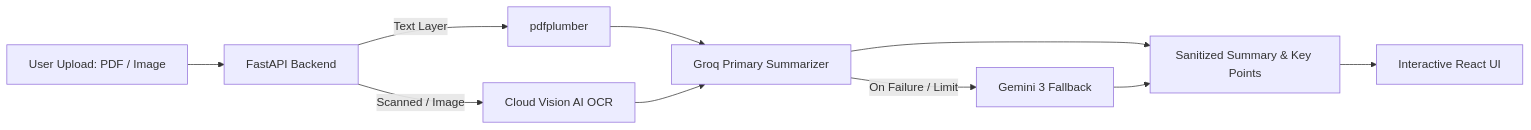
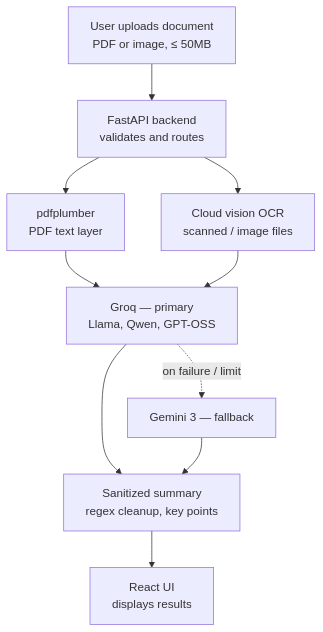
One commit to varungoud18/doc-summary-assistant changed the diagram in README.md. Above: the diagram before and after it, drawn with Mermaid. The commit also changed other lines of this file, not shown here.

Commit message:
docs: update README with badges, structured features table, and architecture flowchart

````diff
--- a/README.md
+++ b/README.md
@@ -87,12 +54,12 @@
 ```mermaid
-graph LR
-    A[User Upload: PDF / Image] --> B[FastAPI Backend]
-    B -->|Text Layer| C[pdfplumber]
-    B -->|Scanned / Image| D[Cloud Vision AI OCR]
-    C --> E[Groq Primary Summarizer]
+flowchart TD
+    A[User uploads document<br/>PDF or image, ≤ 50MB] --> B[FastAPI backend<br/>validates and routes]
+    B --> C[pdfplumber<br/>PDF text layer]
+    B --> D[Cloud vision OCR<br/>scanned / image files]
+    C --> E[Groq — primary<br/>Llama, Qwen, GPT-OSS]
     D --> E
-    E -->|On Failure / Limit| F[Gemini 3 Fallback]
-    E --> G[Sanitized Summary & Key Points]
+    E -.on failure / limit.-> F[Gemini 3 — fallback]
+    E --> G[Sanitized summary<br/>regex cleanup, key points]
     F --> G
-    G --> H[Interactive React UI]
+    G --> H[React UI<br/>displays results]
 ```
````
